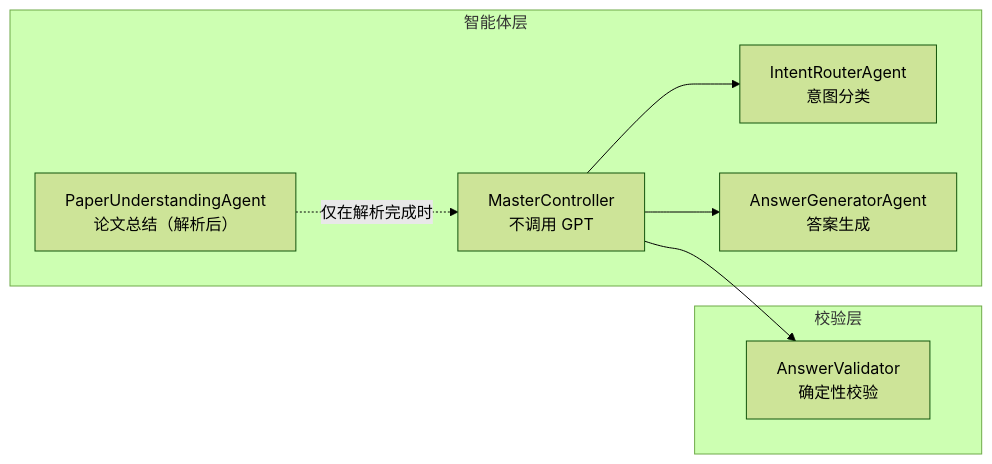
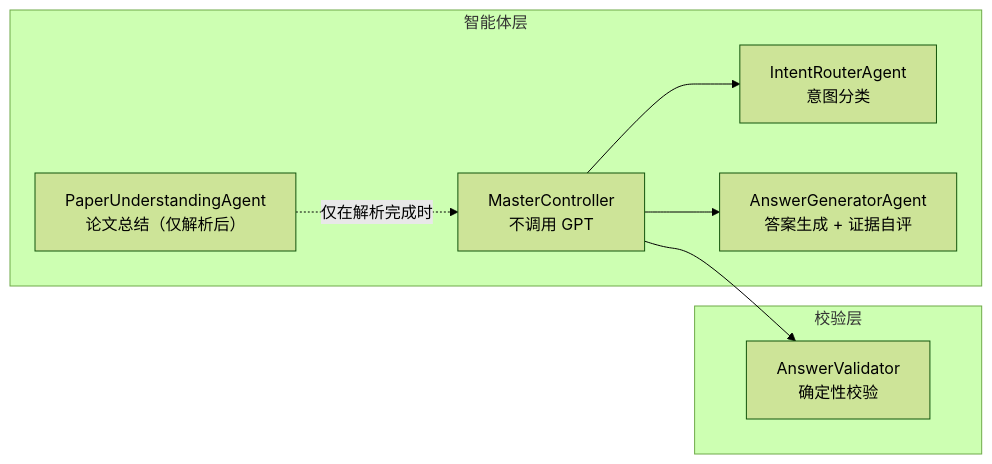
One commit to szy2334/ragflow-course-project changed the first of 4 diagrams in 论文问答多智能体架构改进方案_V1.0.md. Above: the diagram before and after it, drawn with Mermaid (forest theme). The commit also changed other lines of this file, not shown here.

````diff
--- a/论文问答多智能体架构改进方案_V1.0.md
+++ b/论文问答多智能体架构改进方案_V1.0.md
@@ -44,16 +37,16 @@
 ```mermaid
 flowchart LR
     subgraph 智能体层
         MC["MasterController\n不调用 GPT"]
         IRA["IntentRouterAgent\n意图分类"]
-        PUA["PaperUnderstandingAgent\n论文总结（解析后）"]
-        AGA["AnswerGeneratorAgent\n答案生成"]
+        PUA["PaperUnderstandingAgent\n论文总结（仅解析后）"]
+        AGA["AnswerGeneratorAgent\n答案生成 + 证据自评"]
     end
     subgraph 校验层
         AV["AnswerValidator\n确定性校验"]
     end
     MC --> IRA
     MC --> AGA
     MC --> AV
     PUA -.->|"仅在解析完成时"| MC
 ```
````
